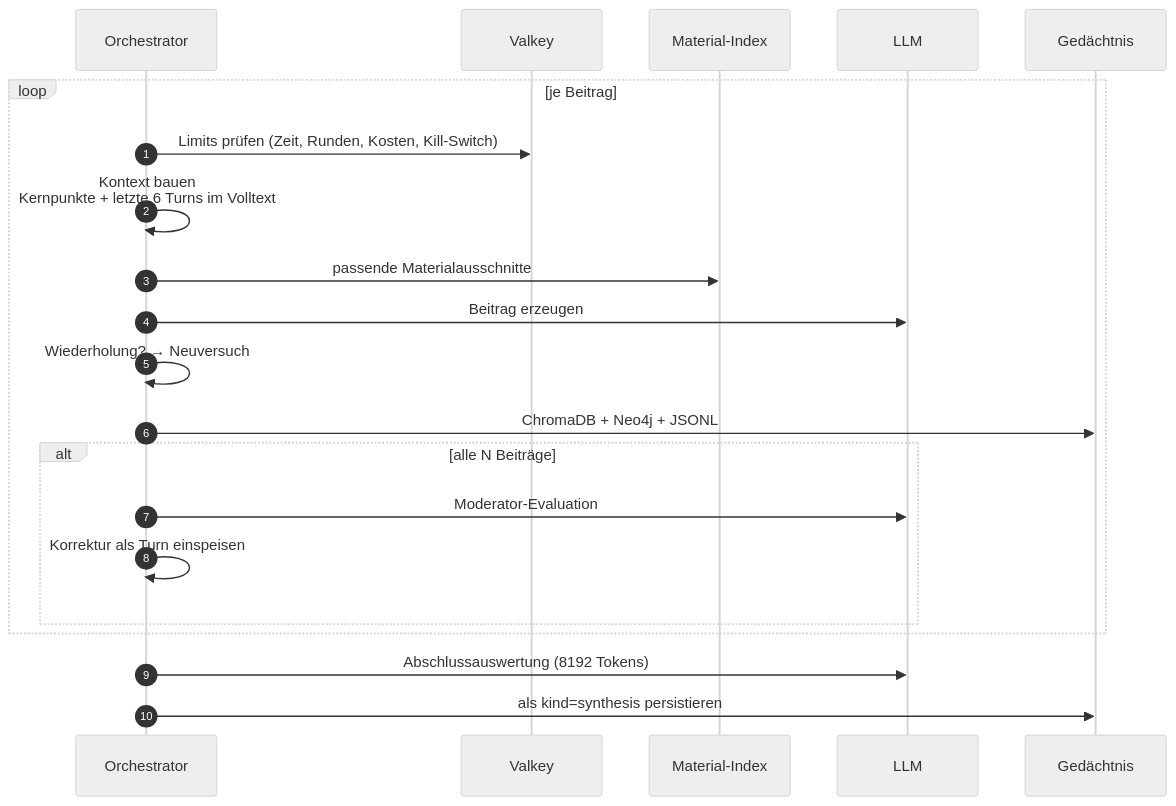
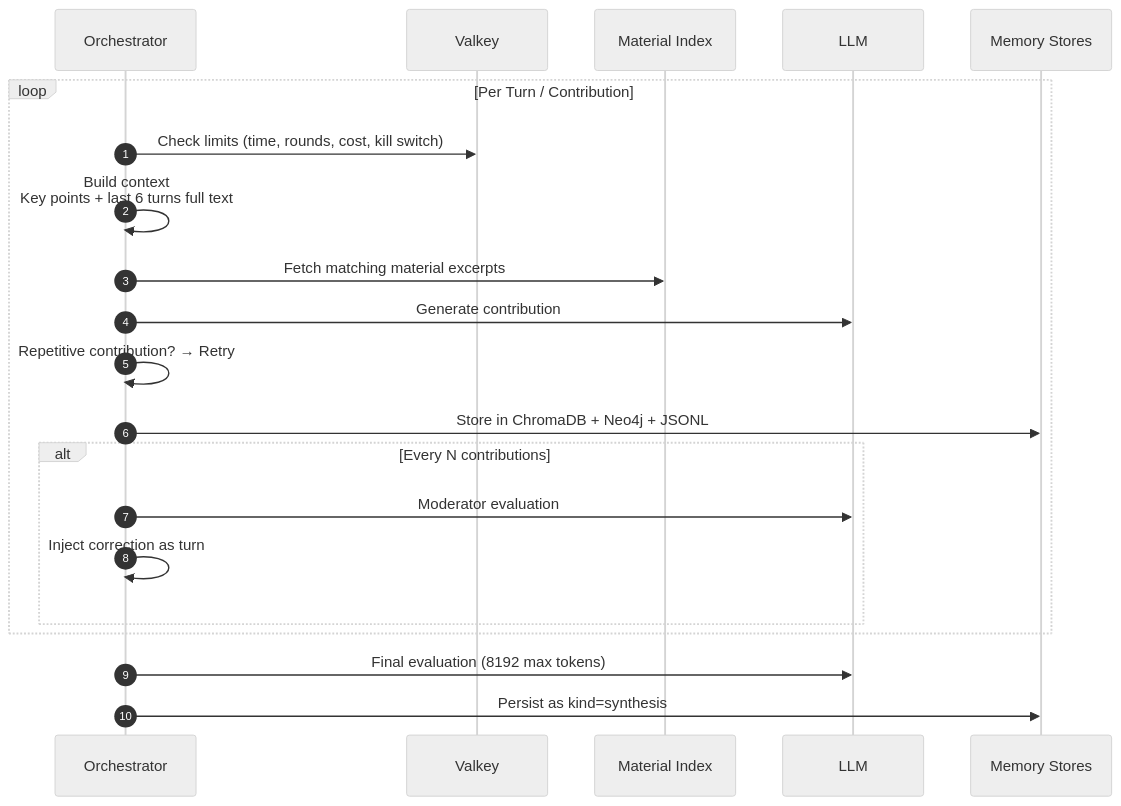
Before and after one commit to h3rb3rn/abelard: the third of 3 diagrams in README.md, drawn with Mermaid (neutral theme). The commit also changed other lines of this file and 1 other file, not shown here.

````diff
--- a/README.md
+++ b/README.md
@@ -112,24 +105,24 @@
 ```mermaid
 sequenceDiagram
     autonumber
     participant O as Orchestrator
     participant V as Valkey
-    participant D as Material-Index
+    participant D as Material Index
     participant L as LLM
-    participant M as Gedächtnis
+    participant M as Memory Stores
 
-    loop je Beitrag
-        O->>V: Limits prüfen (Zeit, Runden, Kosten, Kill-Switch)
-        O->>O: Kontext bauen<br/>Kernpunkte + letzte 6 Turns im Volltext
-        O->>D: passende Materialausschnitte
-        O->>L: Beitrag erzeugen
-        O->>O: Wiederholung? → Neuversuch
-        O->>M: ChromaDB + Neo4j + JSONL
-        alt alle N Beiträge
-            O->>L: Moderator-Evaluation
-            O->>O: Korrektur als Turn einspeisen
+    loop Per Turn / Contribution
+        O->>V: Check limits (time, rounds, cost, kill switch)
+        O->>O: Build context<br/>Key points + last 6 turns full text
+        O->>D: Fetch matching material excerpts
+        O->>L: Generate contribution
+        O->>O: Repetitive contribution? → Retry
+        O->>M: Store in ChromaDB + Neo4j + JSONL
+        alt Every N contributions
+            O->>L: Moderator evaluation
+            O->>O: Inject correction as turn
         end
     end
-    O->>L: Abschlussauswertung (8192 Tokens)
-    O->>M: als kind=synthesis persistieren
+    O->>L: Final evaluation (8192 max tokens)
+    O->>M: Persist as kind=synthesis
 ```
````
